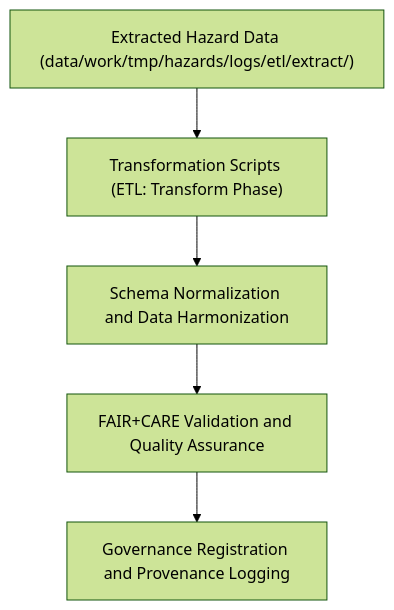
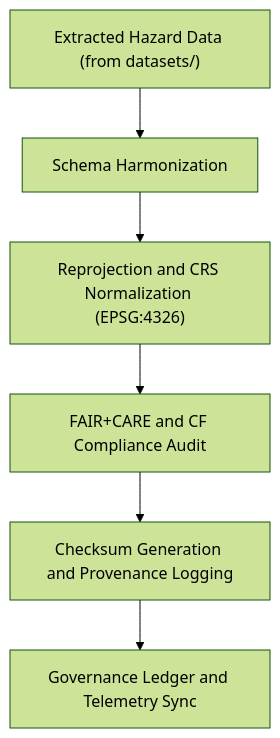
The diagram in data/work/tmp/hazards/logs/etl/transform/README.md (bartytime4life/Kansas-Frontier-Matrix), drawn with Mermaid (forest theme) before and after one commit. The commit also changed other lines of this file, not shown here.

````diff
--- a/data/work/tmp/hazards/logs/etl/transform/README.md
+++ b/data/work/tmp/hazards/logs/etl/transform/README.md
@@ -62,7 +69,8 @@
 ```mermaid
 flowchart TD
-    A["Extracted Hazard Data (data/work/tmp/hazards/logs/etl/extract/)"] --> B["Transformation Scripts (ETL: Transform Phase)"]
-    B --> C["Schema Normalization and Data Harmonization"]
-    C --> D["FAIR+CARE Validation and Quality Assurance"]
-    D --> E["Governance Registration and Provenance Logging"]
+    A["Extracted Hazard Data (from datasets/)"] --> B["Schema Harmonization"]
+    B --> C["Reprojection and CRS Normalization (EPSG:4326)"]
+    C --> D["FAIR+CARE and CF Compliance Audit"]
+    D --> E["Checksum Generation and Provenance Logging"]
+    E --> F["Governance Ledger and Telemetry Sync"]
 ```
````
